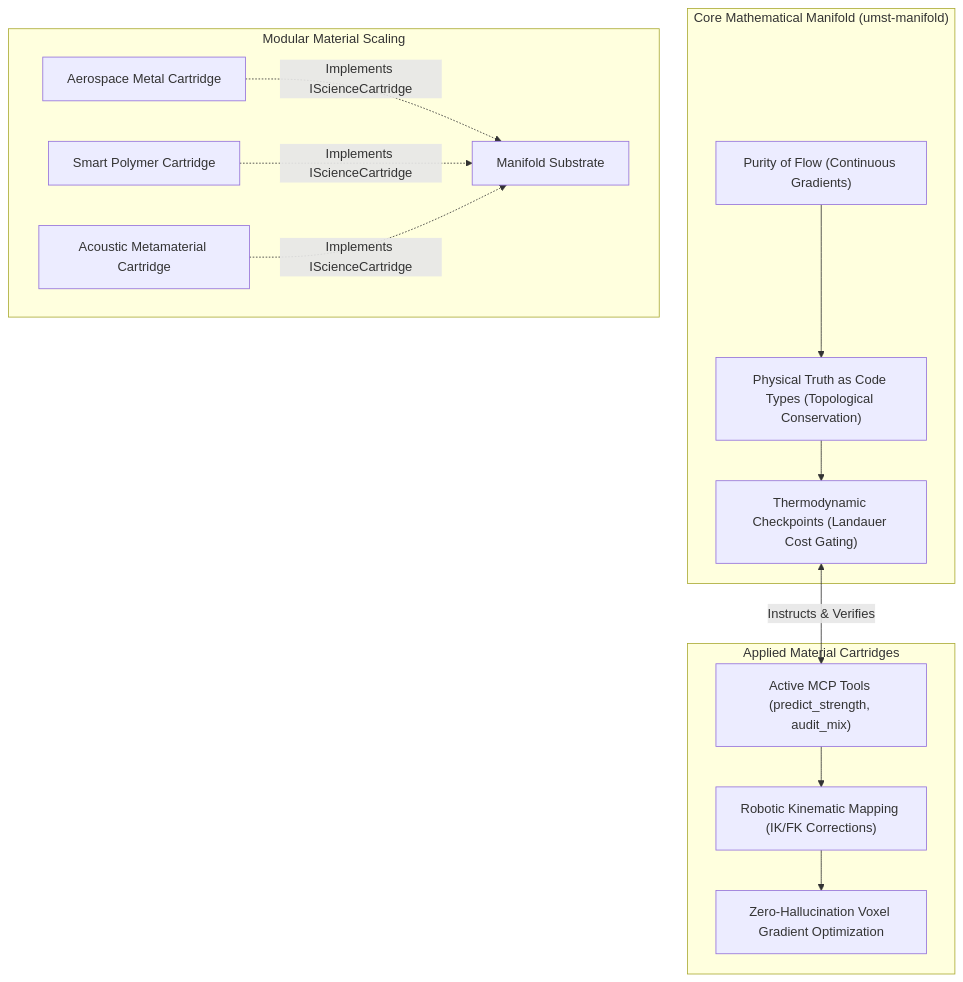
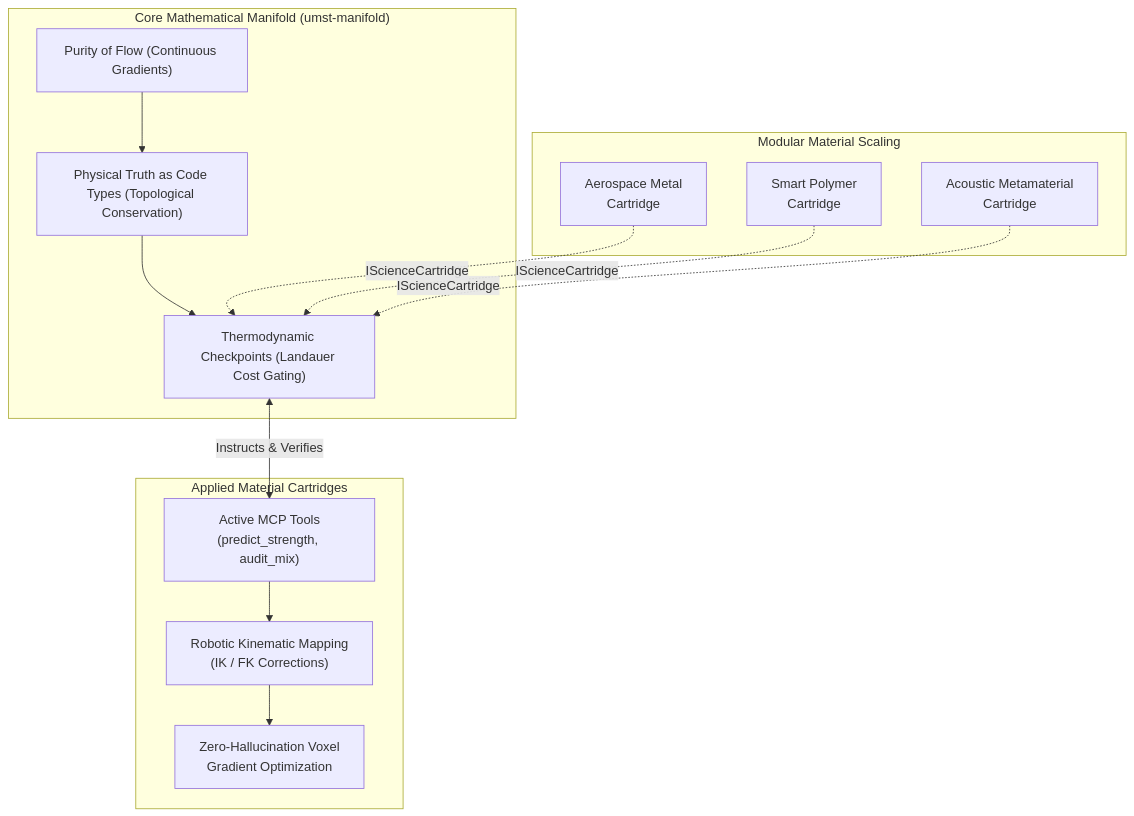
One commit to tytolabs/umst-manifold changed the second of 2 diagrams in README.md. Above: the diagram before and after it, drawn with Mermaid. The commit also changed other lines of this file, not shown here.

First line of the commit message:
docs: polish README — fix section numbering, mermaid wiring, math rendering, add conclusion

````diff
--- a/README.md
+++ b/README.md
@@ -374,17 +374,17 @@
 ```mermaid
 graph TD
     subgraph "Core Mathematical Manifold (umst-manifold)"
         A["Purity of Flow (Continuous Gradients)"] --> B["Physical Truth as Code Types (Topological Conservation)"]
         B --> C["Thermodynamic Checkpoints (Landauer Cost Gating)"]
     end
     subgraph "Applied Material Cartridges"
-        D["Active MCP Tools (predict_strength, audit_mix)"] --> E["Robotic Kinematic Mapping (IK/FK Corrections)"]
-        E --> F["Zero-Hallucination Voxel Gradient Optimization"]
+        D["Active MCP Tools<br/>(predict_strength, audit_mix)"] --> E["Robotic Kinematic Mapping<br/>(IK / FK Corrections)"]
+        E --> F["Zero-Hallucination Voxel<br/>Gradient Optimization"]
     end
     subgraph "Modular Material Scaling"
-        G["Aerospace Metal Cartridge"] -.->|Implements IScienceCartridge| H["Manifold Substrate"]
-        I["Smart Polymer Cartridge"] -.->|Implements IScienceCartridge| H
-        J["Acoustic Metamaterial Cartridge"] -.->|Implements IScienceCartridge| H
+        G["Aerospace Metal<br/>Cartridge"] -.->|IScienceCartridge| C
+        I["Smart Polymer<br/>Cartridge"] -.->|IScienceCartridge| C
+        J["Acoustic Metamaterial<br/>Cartridge"] -.->|IScienceCartridge| C
     end
     C <-->|Instructs & Verifies| D
 ```
````
